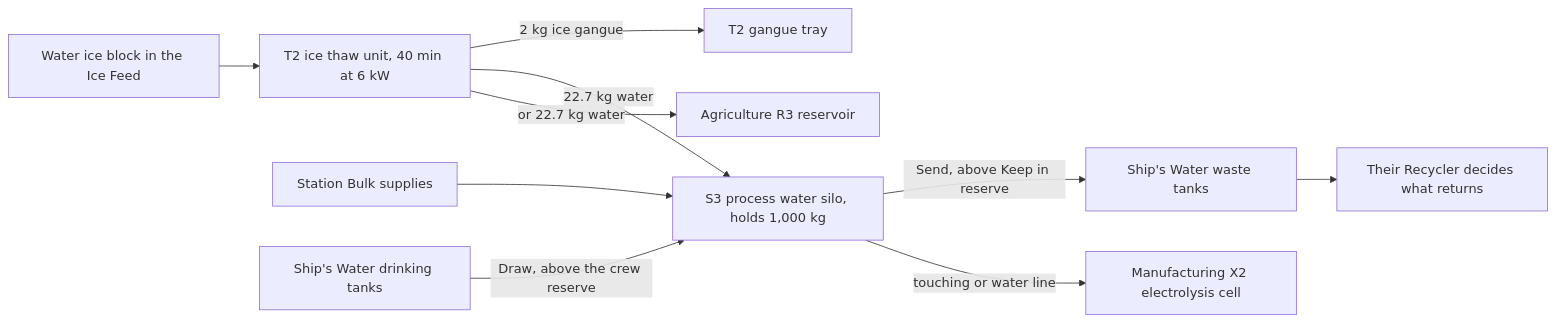
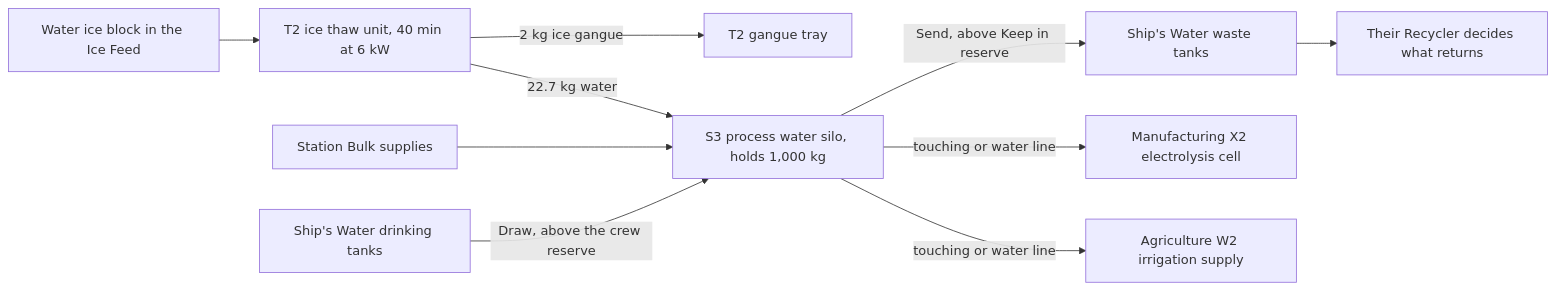
Before and after one commit to phobos-dthorga/phobos-ostranauts: the diagram in docs/shipbreaker-bulk-silos.md, drawn with Mermaid. The commit also changed other lines of this file and 126 other files, not shown here.

````diff
--- a/docs/shipbreaker-bulk-silos.md
+++ b/docs/shipbreaker-bulk-silos.md
@@ -129,12 +140,12 @@
 ```mermaid
 flowchart LR
     Ice["Water ice block in the Ice Feed"] --> T2["T2 ice thaw unit, 40 min at 6 kW"]
     T2 -->|2 kg ice gangue| Tray["T2 gangue tray"]
     T2 -->|22.7 kg water| S3["S3 process water silo, holds 1,000 kg"]
-    T2 -->|or 22.7 kg water| R3["Agriculture R3 reservoir"]
     Kiosk["Station Bulk supplies"] --> S3
     Drink["Ship's Water drinking tanks"] -->|Draw, above the crew reserve| S3
     S3 -->|Send, above Keep in reserve| Waste["Ship's Water waste tanks"]
     Waste --> Recycler["Their Recycler decides what returns"]
     S3 -->|touching or water line| X2["Manufacturing X2 electrolysis cell"]
+    S3 -->|touching or water line| W2["Agriculture W2 irrigation supply"]
 ```
````
